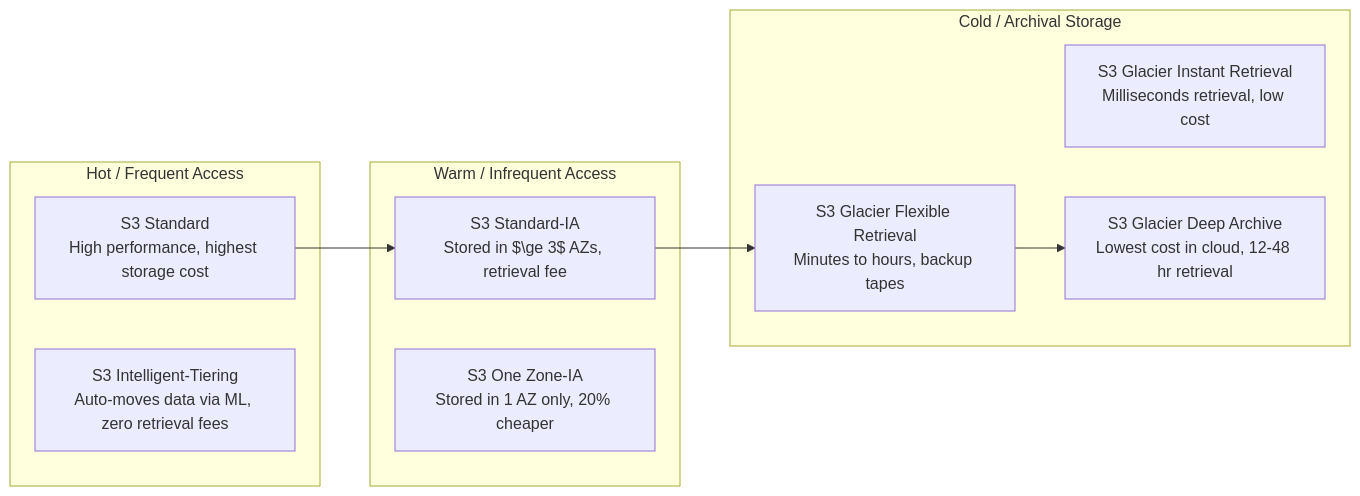
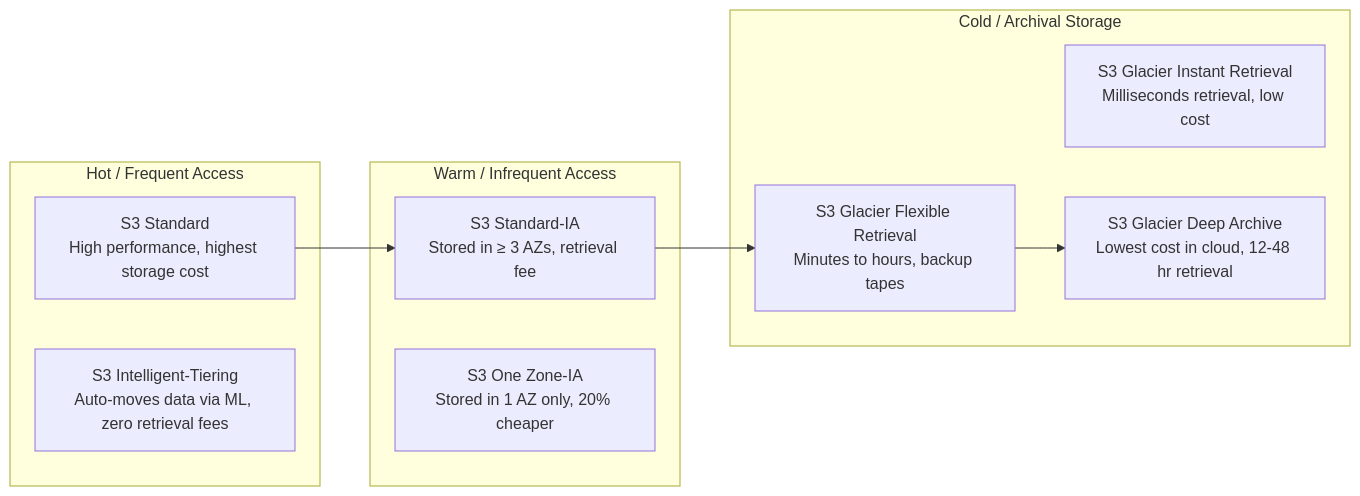
The sixth of 6 diagrams in Cloud/Practitioner/CLF-C02/02_Prerequisites/03_Storage_Paradigms.md (fakhruldeen/AWS), drawn with Mermaid before and after one commit. The commit also changed other lines of this file and 104 other files, not shown here.

Commit message:
fix(docs): replace 699 simple inline and Mermaid LaTeX expressions with native Unicode for clean rendering

````diff
--- a/Cloud/Practitioner/CLF-C02/02_Prerequisites/03_Storage_Paradigms.md
+++ b/Cloud/Practitioner/CLF-C02/02_Prerequisites/03_Storage_Paradigms.md
@@ -182,20 +182,20 @@
 ```mermaid
 flowchart LR
     subgraph HotData["Hot / Frequent Access"]
         S3_Std["S3 Standard\nHigh performance, highest storage cost"]
         S3_Int["S3 Intelligent-Tiering\nAuto-moves data via ML, zero retrieval fees"]
     end
 
     subgraph WarmData["Warm / Infrequent Access"]
-        S3_IA["S3 Standard-IA\nStored in $\ge 3$ AZs, retrieval fee"]
+        S3_IA["S3 Standard-IA\nStored in ≥ 3 AZs, retrieval fee"]
         S3_OZ["S3 One Zone-IA\nStored in 1 AZ only, 20% cheaper"]
     end
 
     subgraph ColdArchive["Cold / Archival Storage"]
         S3_G_Inst["S3 Glacier Instant Retrieval\nMilliseconds retrieval, low cost"]
         S3_G_Flex["S3 Glacier Flexible Retrieval\nMinutes to hours, backup tapes"]
         S3_G_Deep["S3 Glacier Deep Archive\nLowest cost in cloud, 12-48 hr retrieval"]
     end
 
     S3_Std --> S3_IA --> S3_G_Flex --> S3_G_Deep
 ```
````
